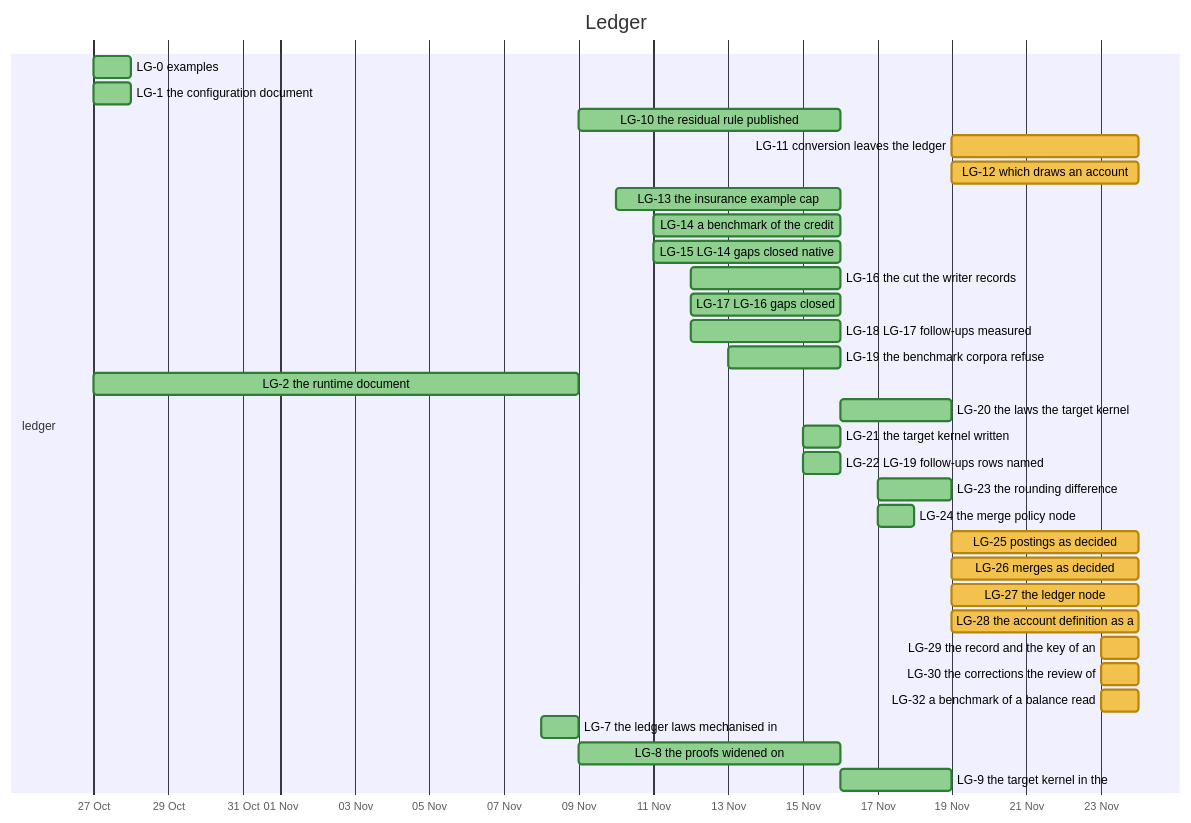
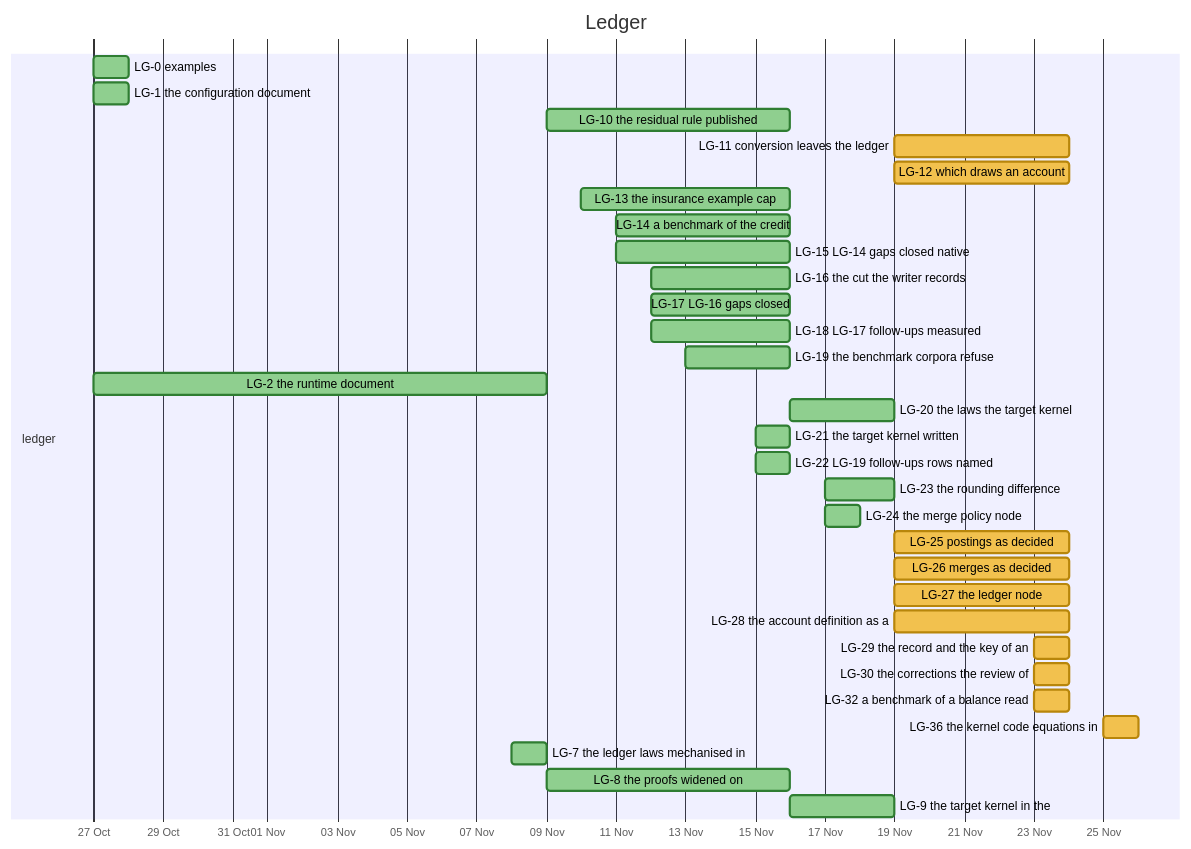
Before and after one commit to nebularis/lattice: the tenth of 32 diagrams in docs/developer/ROADMAP.md, drawn with Mermaid. The commit also changed other lines of this file and 9 other files, not shown here.

First line of the commit message:
[ledger] LG-36: the kernel's code equations in Evaluation.thy, which imports the kernel alone, and STD-340 ratified

````diff
--- a/docs/developer/ROADMAP.md
+++ b/docs/developer/ROADMAP.md
@@ -338,36 +339,37 @@
 ```mermaid
 %%{init: {"themeVariables": {"taskBkgColor": "#f2c14e", "taskBorderColor": "#b8860b", "taskTextColor": "#000000", "activeTaskBkgColor": "#4e9af1", "activeTaskBorderColor": "#1f5fbf", "activeTaskBorderColor": "#1f5fbf", "doneTaskBkgColor": "#8fcf8f", "doneTaskBorderColor": "#2f7d32", "critBkgColor": "#f28b82", "critBorderColor": "#b23a30", "taskTextDarkColor": "#000000", "taskTextLightColor": "#000000"}}}%%
 gantt
     title Ledger
     dateFormat YYYY-MM-DD
     axisFormat %d %b
     section ledger
     LG-0 examples :done, lg0, 2026-10-27, 2026-10-28
     LG-1 the configuration document :done, lg1, 2026-10-27, 2026-10-28
     LG-10 the residual rule published :done, lg10, 2026-11-09, 2026-11-16
     LG-11 conversion leaves the ledger :lg11, 2026-11-19, 2026-11-24
     LG-12 which draws an account :lg12, 2026-11-19, 2026-11-24
     LG-13 the insurance example cap :done, lg13, 2026-11-10, 2026-11-16
     LG-14 a benchmark of the credit :done, lg14, 2026-11-11, 2026-11-16
     LG-15 LG-14 gaps closed native :done, lg15, 2026-11-11, 2026-11-16
     LG-16 the cut the writer records :done, lg16, 2026-11-12, 2026-11-16
     LG-17 LG-16 gaps closed :done, lg17, 2026-11-12, 2026-11-16
     LG-18 LG-17 follow-ups measured :done, lg18, 2026-11-12, 2026-11-16
     LG-19 the benchmark corpora refuse :done, lg19, 2026-11-13, 2026-11-16
     LG-2 the runtime document :done, lg2, 2026-10-27, 2026-11-09
     LG-20 the laws the target kernel :done, lg20, 2026-11-16, 2026-11-19
     LG-21 the target kernel written :done, lg21, 2026-11-15, 2026-11-16
     LG-22 LG-19 follow-ups rows named :done, lg22, 2026-11-15, 2026-11-16
     LG-23 the rounding difference :done, lg23, 2026-11-17, 2026-11-19
     LG-24 the merge policy node :done, lg24, 2026-11-17, 2026-11-18
     LG-25 postings as decided :lg25, 2026-11-19, 2026-11-24
     LG-26 merges as decided :lg26, 2026-11-19, 2026-11-24
     LG-27 the ledger node :lg27, 2026-11-19, 2026-11-24
     LG-28 the account definition as a :lg28, 2026-11-19, 2026-11-24
     LG-29 the record and the key of an :lg29, 2026-11-23, 2026-11-24
     LG-30 the corrections the review of :lg30, 2026-11-23, 2026-11-24
     LG-32 a benchmark of a balance read :lg32, 2026-11-23, 2026-11-24
+    LG-36 the kernel code equations in :lg36, 2026-11-25, 2026-11-26
     LG-7 the ledger laws mechanised in :done, lg7, 2026-11-08, 2026-11-09
     LG-8 the proofs widened on :done, lg8, 2026-11-09, 2026-11-16
     LG-9 the target kernel in the :done, lg9, 2026-11-16, 2026-11-19
 ```
````
